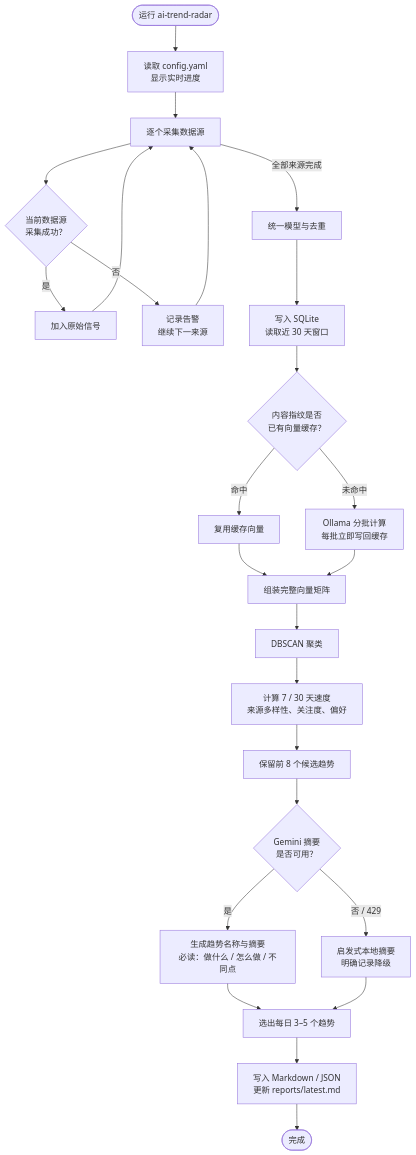
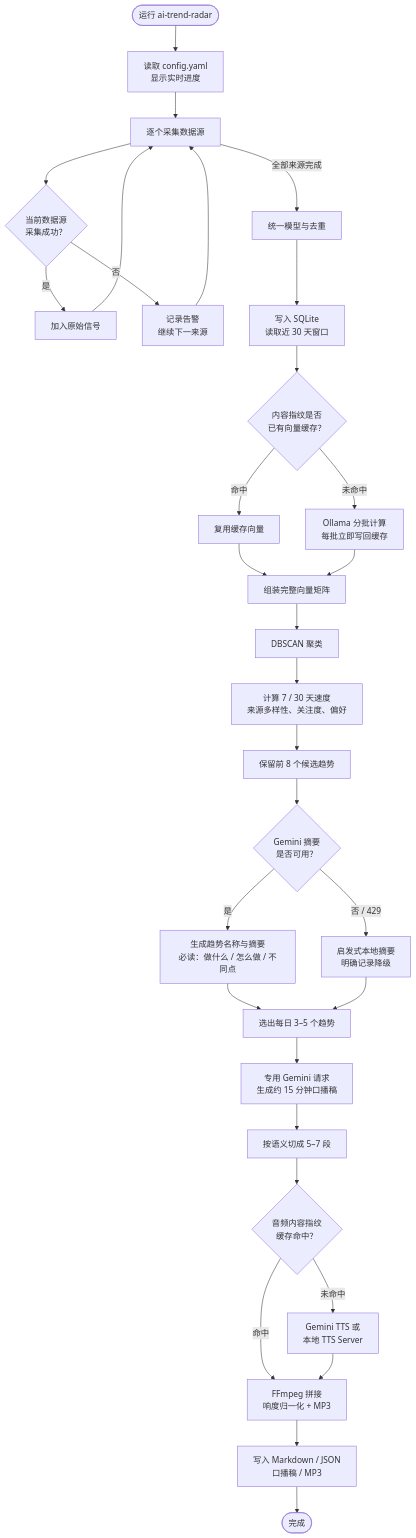
One commit to wangliwfsd/ai_trend_detector changed the second of 2 diagrams in README.md. Above: the diagram before and after it, drawn with Mermaid. The commit also changed other lines of this file and 20 other files, not shown here.

Commit message:
feat: add narrated reports and cached TTS audio

````diff
--- a/README.md
+++ b/README.md
@@ -71,35 +80,43 @@
 ```mermaid
 flowchart TD
     START(["运行 ai-trend-radar"])
     CFG["读取 config.yaml<br/>显示实时进度"]
     FETCH["逐个采集数据源"]
     SOURCE_OK{"当前数据源<br/>采集成功？"}
     KEEP["加入原始信号"]
     WARN["记录告警<br/>继续下一来源"]
     DEDUP["统一模型与去重"]
     STORE["写入 SQLite<br/>读取近 30 天窗口"]
     CACHE{"内容指纹是否<br/>已有向量缓存？"}
     REUSE["复用缓存向量"]
     EMBED["Ollama 分批计算<br/>每批立即写回缓存"]
     MERGE["组装完整向量矩阵"]
     CLUSTER["DBSCAN 聚类"]
     SCORE["计算 7 / 30 天速度<br/>来源多样性、关注度、偏好"]
     CANDIDATES["保留前 8 个候选趋势"]
     GEMINI{"Gemini 摘要<br/>是否可用？"}
     NARRATE["生成趋势名称与摘要<br/>必读：做什么 / 怎么做 / 不同点"]
     FALLBACK["启发式本地摘要<br/>明确记录降级"]
     TOP["选出每日 3–5 个趋势"]
-    REPORT["写入 Markdown / JSON<br/>更新 reports/latest.md"]
+    SPEECH["专用 Gemini 请求<br/>生成约 15 分钟口播稿"]
+    SPLIT["按语义切成 5–7 段"]
+    AUDIO_CACHE{"音频内容指纹<br/>缓存命中？"}
+    TTS["Gemini TTS 或<br/>本地 TTS Server"]
+    MP3["FFmpeg 拼接<br/>响度归一化 + MP3"]
+    REPORT["写入 Markdown / JSON<br/>口播稿 / MP3"]
     END(["完成"])
 
     START --> CFG --> FETCH --> SOURCE_OK
     SOURCE_OK -->|"是"| KEEP --> FETCH
     SOURCE_OK -->|"否"| WARN --> FETCH
     FETCH -->|"全部来源完成"| DEDUP --> STORE --> CACHE
     CACHE -->|"命中"| REUSE --> MERGE
     CACHE -->|"未命中"| EMBED --> MERGE
     MERGE --> CLUSTER --> SCORE --> CANDIDATES --> GEMINI
     GEMINI -->|"是"| NARRATE --> TOP
     GEMINI -->|"否 / 429"| FALLBACK --> TOP
-    TOP --> REPORT --> END
+    TOP --> SPEECH --> SPLIT --> AUDIO_CACHE
+    AUDIO_CACHE -->|"命中"| MP3
+    AUDIO_CACHE -->|"未命中"| TTS --> MP3
+    MP3 --> REPORT --> END
 ```
````
